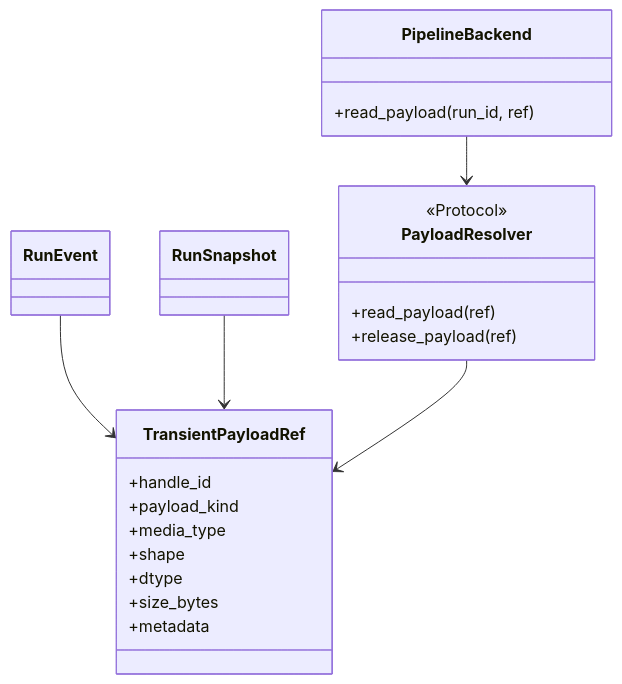
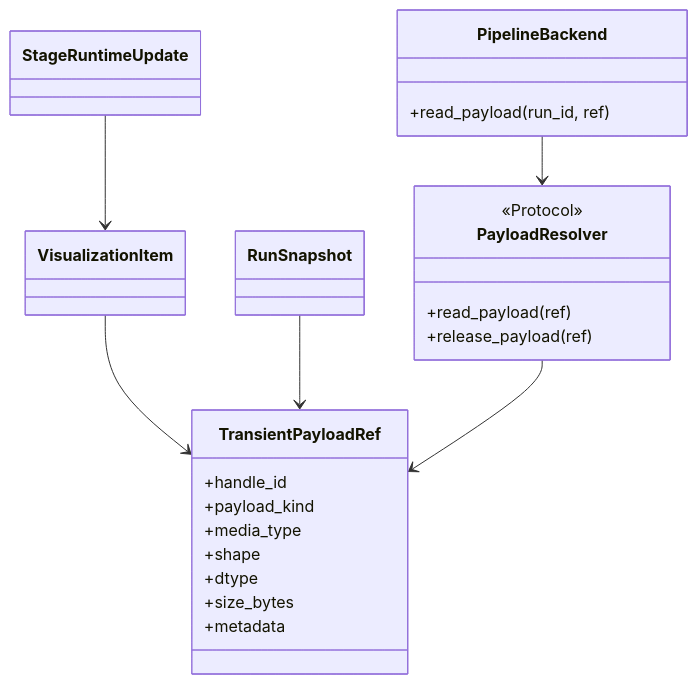
One commit to JanDuchscherer104/prml-vslam changed diagram 14 of 17 in docs/architecture/pipeline-stage-refactor-target.md. Above: the diagram before and after it, drawn with Mermaid. The commit also changed other lines of this file, not shown here.

````diff
--- a/docs/architecture/pipeline-stage-refactor-target.md
+++ b/docs/architecture/pipeline-stage-refactor-target.md
@@ -1323,30 +1336,32 @@
 ```mermaid
 classDiagram
     class TransientPayloadRef {
         +handle_id
         +payload_kind
         +media_type
         +shape
         +dtype
         +size_bytes
         +metadata
     }
 
     class PayloadResolver {
         <<Protocol>>
         +read_payload(ref)
         +release_payload(ref)
     }
 
     class PipelineBackend {
         +read_payload(run_id, ref)
     }
 
-    class RunEvent
+    class VisualizationItem
+    class StageRuntimeUpdate
     class RunSnapshot
 
-    RunEvent --> TransientPayloadRef
+    VisualizationItem --> TransientPayloadRef
+    StageRuntimeUpdate --> VisualizationItem
     RunSnapshot --> TransientPayloadRef
     PipelineBackend --> PayloadResolver
     PayloadResolver --> TransientPayloadRef
 ```
````
